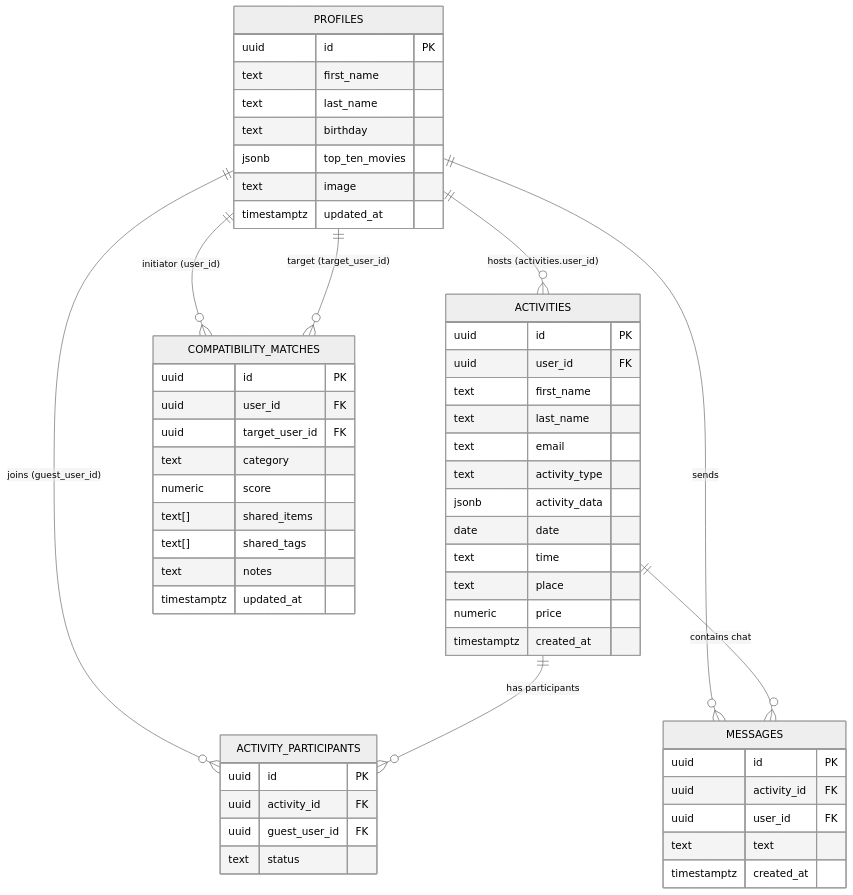
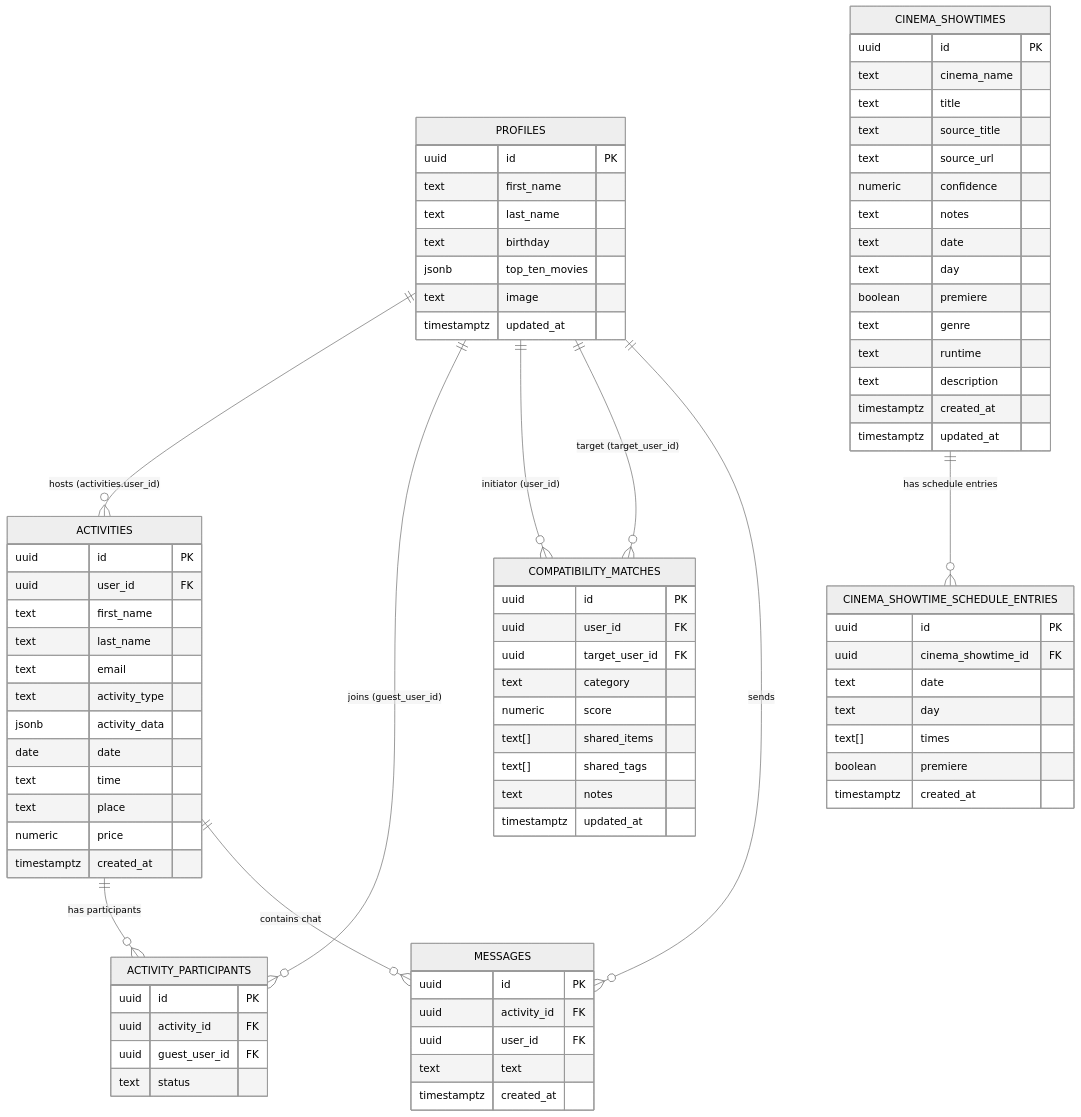
Before and after one commit to lposa/hang-out: the diagram in docs-site/docs/architecture/supabase-schema.md, drawn with Mermaid (neutral theme). The commit also changed other lines of this file and 2 other files, not shown here.

````diff
--- a/docs-site/docs/architecture/supabase-schema.md
+++ b/docs-site/docs/architecture/supabase-schema.md
@@ -73,6 +75,34 @@
     timestamptz created_at
   }
 
+  CINEMA_SHOWTIMES {
+    uuid id PK
+    text cinema_name
+    text title
+    text source_title
+    text source_url
+    numeric confidence
+    text notes
+    text date
+    text day
+    boolean premiere
+    text genre
+    text runtime
+    text description
+    timestamptz created_at
+    timestamptz updated_at
+  }
+
+  CINEMA_SHOWTIME_SCHEDULE_ENTRIES {
+    uuid id PK
+    uuid cinema_showtime_id FK
+    text date
+    text day
+    text[] times
+    boolean premiere
+    timestamptz created_at
+  }
+
   PROFILES ||--o{ ACTIVITIES : "hosts (activities.user_id)"
   PROFILES ||--o{ ACTIVITY_PARTICIPANTS : "joins (guest_user_id)"
   ACTIVITIES ||--o{ ACTIVITY_PARTICIPANTS : "has participants"
@@ -80,4 +110,5 @@
   PROFILES ||--o{ COMPATIBILITY_MATCHES : "target (target_user_id)"
   PROFILES ||--o{ MESSAGES : "sends"
   ACTIVITIES ||--o{ MESSAGES : "contains chat"
+  CINEMA_SHOWTIMES ||--o{ CINEMA_SHOWTIME_SCHEDULE_ENTRIES : "has schedule entries"
 ```
````
